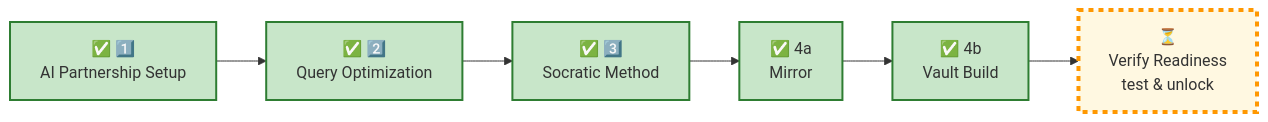
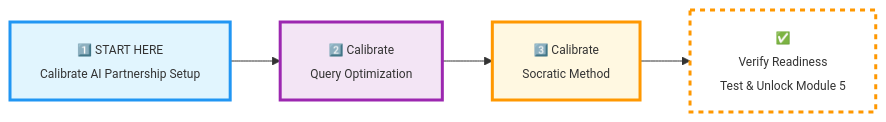
One commit to uma1999/umacourses changed the third of 3 diagrams in mytemp1.md. Above: the diagram before and after it, drawn with Mermaid. The commit also changed other lines of this file, not shown here.

````diff
--- a/mytemp1.md
+++ b/mytemp1.md
@@ -534,16 +223,12 @@
 ```mermaid
 flowchart LR
-    A["✅ 1️⃣<br/>AI Partnership Setup"] --> 
-    B["✅ 2️⃣<br/>Query Optimization"] --> 
-    C["✅ 3️⃣<br/>Socratic Method"] --> 
-    D["✅ 4a<br/>Mirror"] -->
-    E["✅ 4b<br/>Vault Build"] -->
-    F["⏳<br/>Verify Readiness<br/>test & unlock"]
+    A["<span style='font-size:12px'>1️⃣ START HERE<br/>Calibrate AI Partnership Setup</span>"] --> 
+    B["<span style='font-size:12px'>2️⃣ Calibrate<br/>Query Optimization</span>"] --> 
+    C["<span style='font-size:12px'>3️⃣ Calibrate<br/>Socratic Method</span>"] -->
+    D["<span style='font-size:12px'>✅<br/>Verify Readiness<br/>Test & Unlock Module 5</span>"]
     
-    style A fill:#c8e6c9,stroke:#2e7d32,stroke-width:2px
-    style B fill:#c8e6c9,stroke:#2e7d32,stroke-width:2px
-    style C fill:#c8e6c9,stroke:#2e7d32,stroke-width:2px
-    style D fill:#c8e6c9,stroke:#2e7d32,stroke-width:2px
-    style E fill:#c8e6c9,stroke:#2e7d32,stroke-width:2px
-    style F fill:#fff8e1,stroke:#ff9800,stroke-width:4px,stroke-dasharray: 5 5
+    style A fill:#e1f5fe,stroke:#2196f3,stroke-width:3px
+    style B fill:#f3e5f5,stroke:#9c27b0,stroke-width:3px
+    style C fill:#fff8e1,stroke:#ff9800,stroke-width:3px
+    style D fill:#fff,stroke:#ff9800,stroke-width:3px,stroke-dasharray: 5 5
 ```
````
